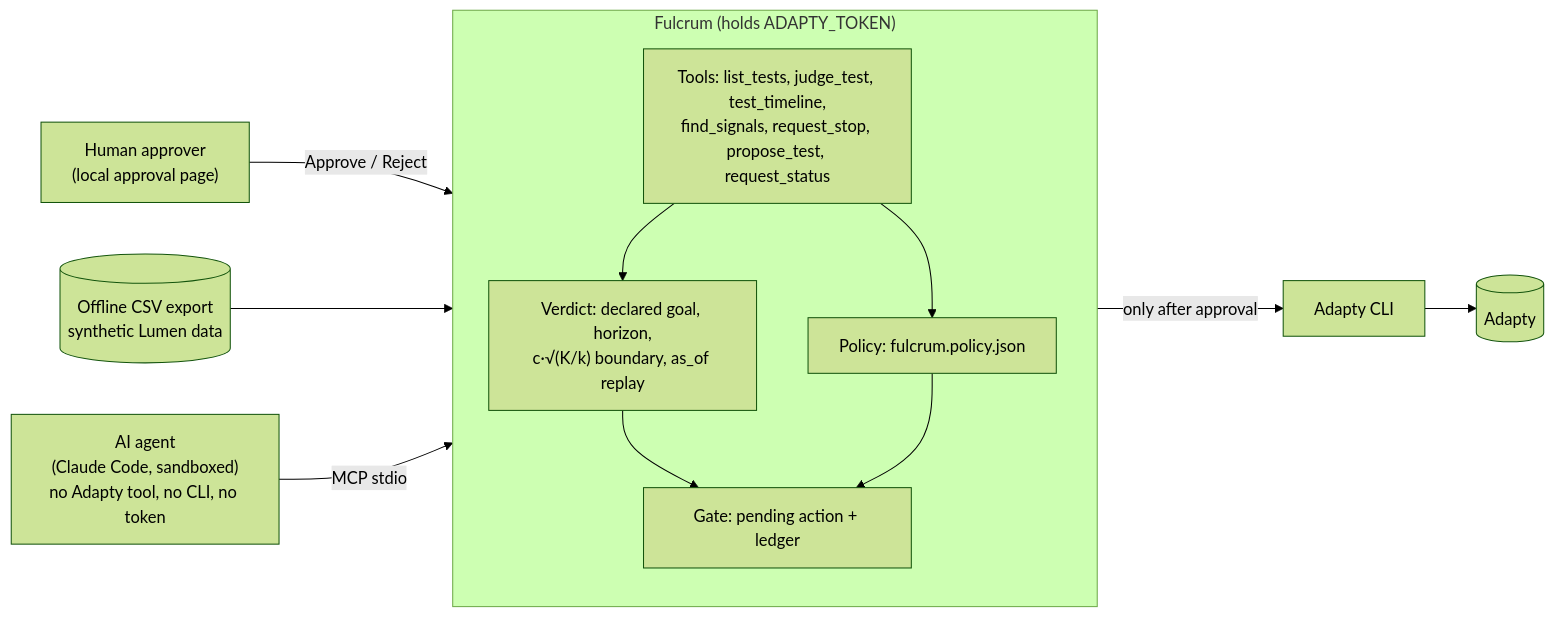
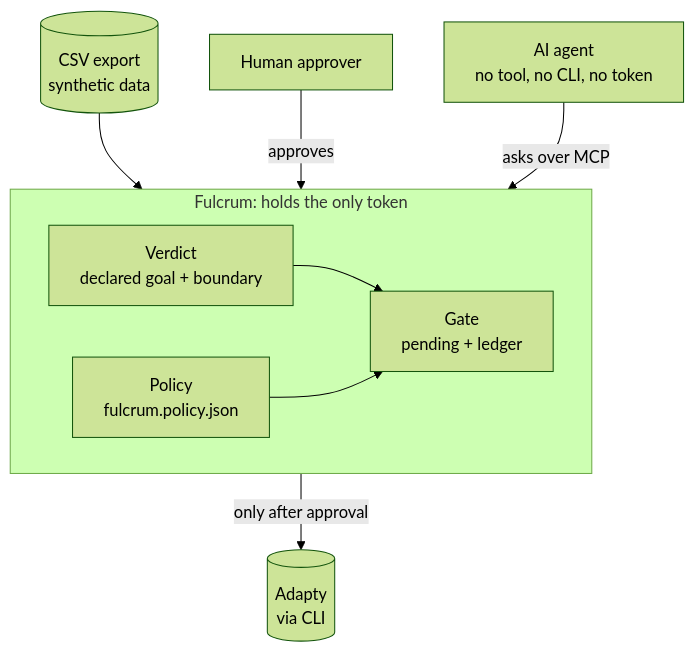
One commit to djolex999/fulcrum changed the diagram in README.md. Above: the diagram before and after it, drawn with Mermaid (forest theme). The commit also changed other lines of this file, not shown here.

Commit message:
docs: simpler architecture diagram that reads at page width

````diff
--- a/README.md
+++ b/README.md
@@ -28,16 +28,12 @@
 ```mermaid
-flowchart LR
-  A["AI agent<br/>(Claude Code, sandboxed)<br/>no Adapty tool, no CLI, no token"] -- MCP stdio --> F
-  subgraph F["Fulcrum (holds ADAPTY_TOKEN)"]
-    direction TB
-    T["Tools: list_tests, judge_test, test_timeline,<br/>find_signals, request_stop, propose_test, request_status"]
-    V["Verdict: declared goal, horizon,<br/>c·√(K/k) boundary, as_of replay"]
-    P["Policy: fulcrum.policy.json"]
-    G["Gate: pending action + ledger"]
-    T --> V --> G
-    T --> P --> G
+flowchart TB
+  A["AI agent<br/>no tool, no CLI, no token"] -->|asks over MCP| F
+  subgraph F["Fulcrum: holds the only token"]
+    direction LR
+    V["Verdict<br/>declared goal + boundary"] --> G["Gate<br/>pending + ledger"]
+    P["Policy<br/>fulcrum.policy.json"] --> G
   end
-  H["Human approver<br/>(local approval page)"] -- Approve / Reject --> G
-  G -- "only after approval" --> C["Adapty CLI"] --> AD[("Adapty")]
-  D[("Offline CSV export<br/>synthetic Lumen data")] --> V
+  D[("CSV export<br/>synthetic data")] --> V
+  H["Human approver"] -->|approves| G
+  G -->|only after approval| AD[("Adapty<br/>via CLI")]
 ```
````
